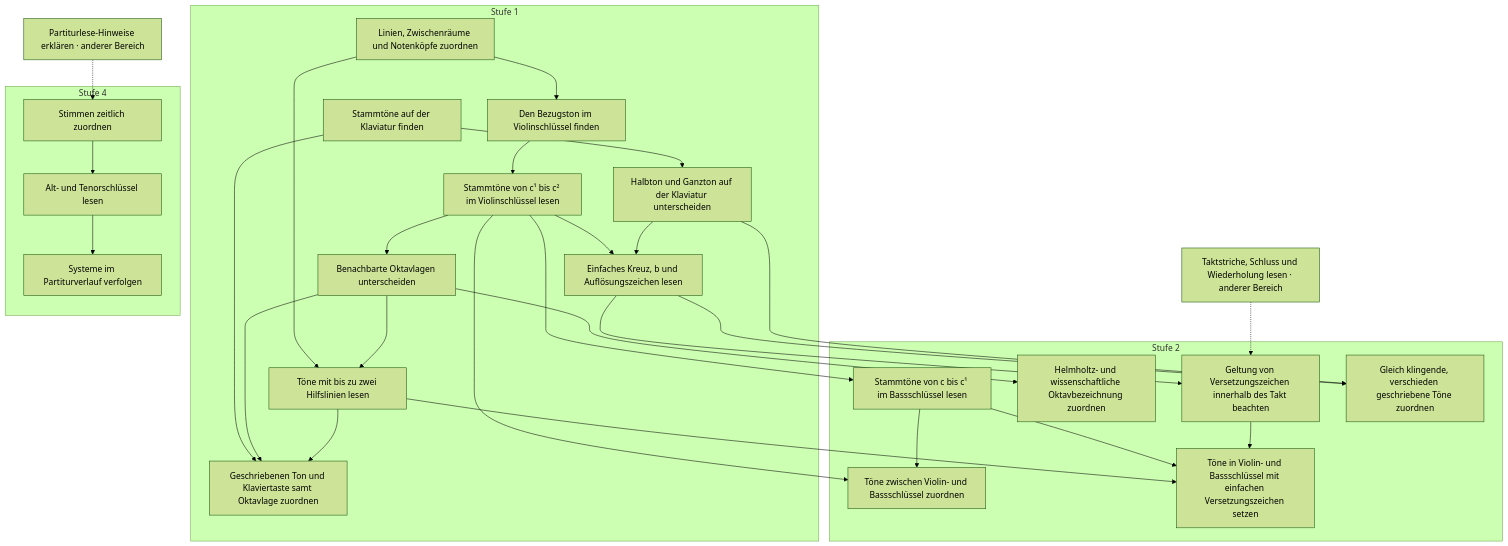
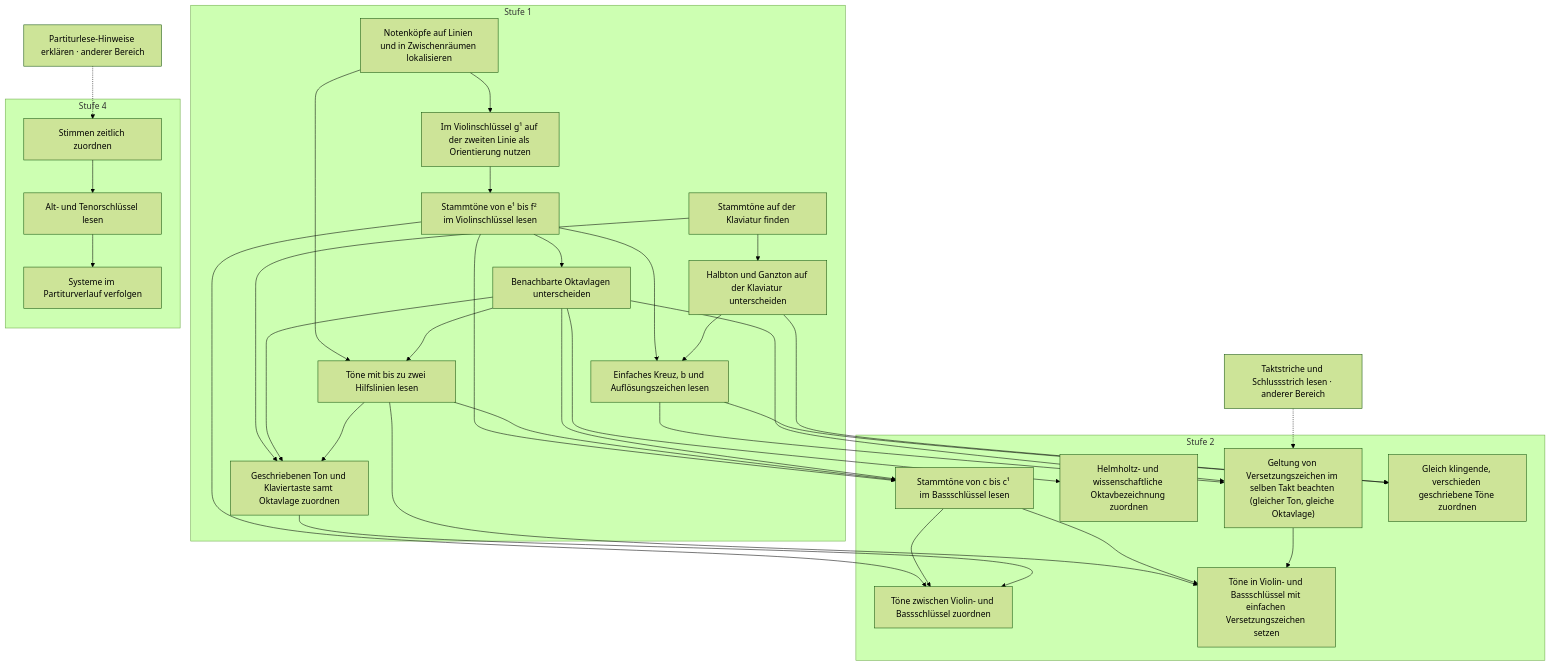
The third of 16 diagrams in docs/plan/faehigkeitsgraph-diagramme.md (PhiFa96/harmonia), drawn with Mermaid (forest theme) before and after one commit. The commit also changed other lines of this file and 16 other files, not shown here.

First line of the commit message:
fix(content): Graphkorrekturen Stufe 1 und 2 aus der Fachprüfung (Katalogversion 17)

````diff
--- a/docs/plan/faehigkeitsgraph-diagramme.md
+++ b/docs/plan/faehigkeitsgraph-diagramme.md
@@ -243,54 +245,58 @@
 ```mermaid
 flowchart TD
   subgraph level1["Stufe 1"]
-    s3["Linien, Zwischenräume und Notenköpfe zuordnen"]
-    s4["Den Bezugston im Violinschlüssel finden"]
-    s5["Stammtöne von c¹ bis c² im Violinschlüssel lesen"]
+    s3["Notenköpfe auf Linien und in Zwischenräumen lokalisieren"]
+    s4["Im Violinschlüssel g¹ auf der zweiten Linie als Orientierung nutzen"]
+    s5["Stammtöne von e¹ bis f² im Violinschlüssel lesen"]
     s6["Stammtöne auf der Klaviatur finden"]
     s7["Halbton und Ganzton auf der Klaviatur unterscheiden"]
     s8["Einfaches Kreuz, b und Auflösungszeichen lesen"]
     s9["Benachbarte Oktavlagen unterscheiden"]
     s10["Töne mit bis zu zwei Hilfslinien lesen"]
     s11["Geschriebenen Ton und Klaviertaste samt Oktavlage zuordnen"]
   end
   subgraph level2["Stufe 2"]
     s40["Stammtöne von c bis c¹ im Bassschlüssel lesen"]
     s41["Töne zwischen Violin- und Bassschlüssel zuordnen"]
     s42["Helmholtz- und wissenschaftliche Oktavbezeichnung zuordnen"]
-    s43["Geltung von Versetzungszeichen innerhalb des Takt beachten"]
+    s43["Geltung von Versetzungszeichen im selben Takt beachten (gleicher Ton, gleiche Oktavlage)"]
     s44["Gleich klingende, verschieden geschriebene Töne zuordnen"]
     s45["Töne in Violin- und Bassschlüssel mit einfachen Versetzungszeichen setzen"]
   end
   subgraph level4["Stufe 4"]
     s126["Stimmen zeitlich zuordnen"]
     s127["Alt- und Tenorschlüssel lesen"]
     s128["Systeme im Partiturverlauf verfolgen"]
   end
-  s18["Taktstriche, Schluss und Wiederholung lesen · anderer Bereich"]
+  s18["Taktstriche und Schlussstrich lesen · anderer Bereich"]
   s119["Partiturlese-Hinweise erklären · anderer Bereich"]
   s3 --> s4
   s4 --> s5
   s6 --> s7
   s5 --> s8
   s7 --> s8
   s5 --> s9
   s3 --> s10
   s9 --> s10
   s6 --> s11
   s9 --> s11
   s10 --> s11
   s5 --> s40
+  s10 --> s40
+  s9 --> s40
   s5 --> s41
   s40 --> s41
+  s11 --> s41
   s9 --> s42
   s8 --> s43
   s18 -.-> s43
+  s9 --> s43
   s8 --> s44
   s7 --> s44
   s10 --> s45
   s40 --> s45
   s43 --> s45
   s119 -.-> s126
   s126 --> s127
   s127 --> s128
 ```
````
